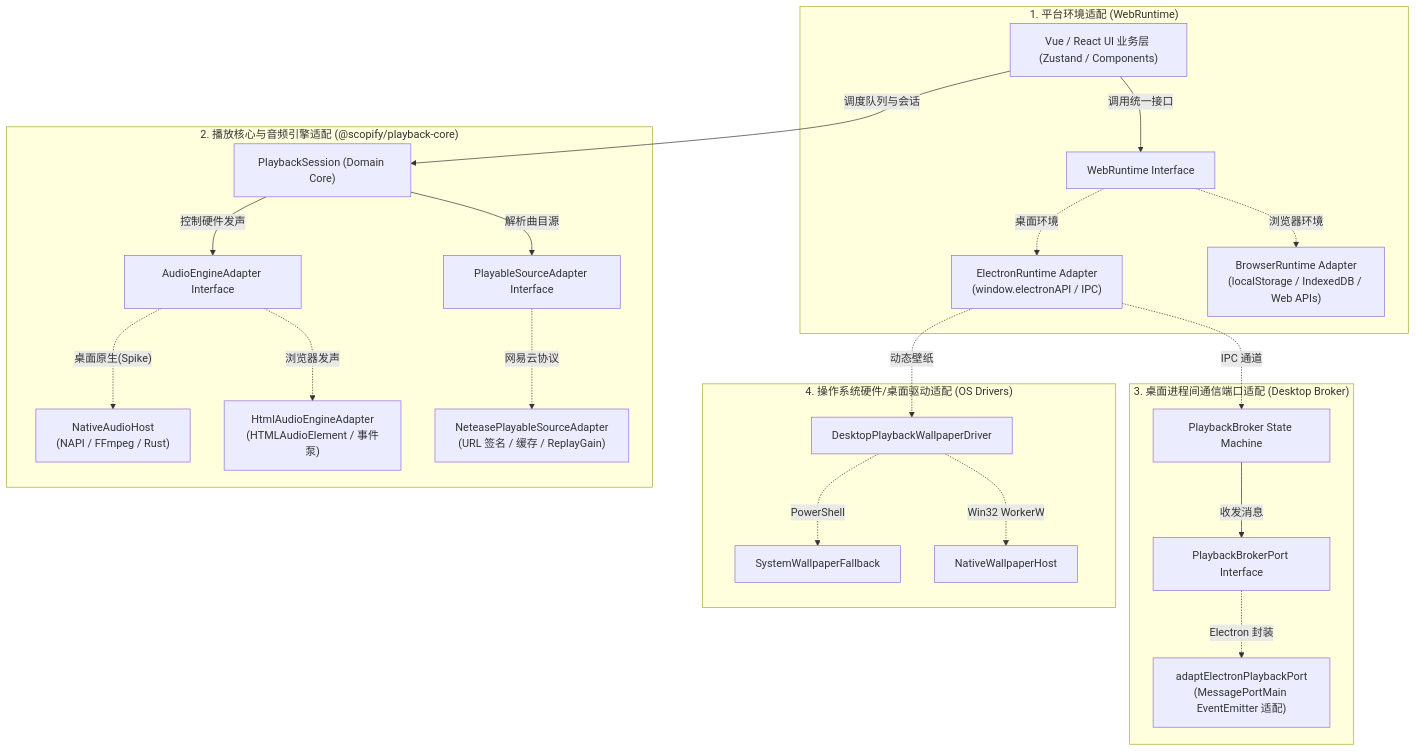
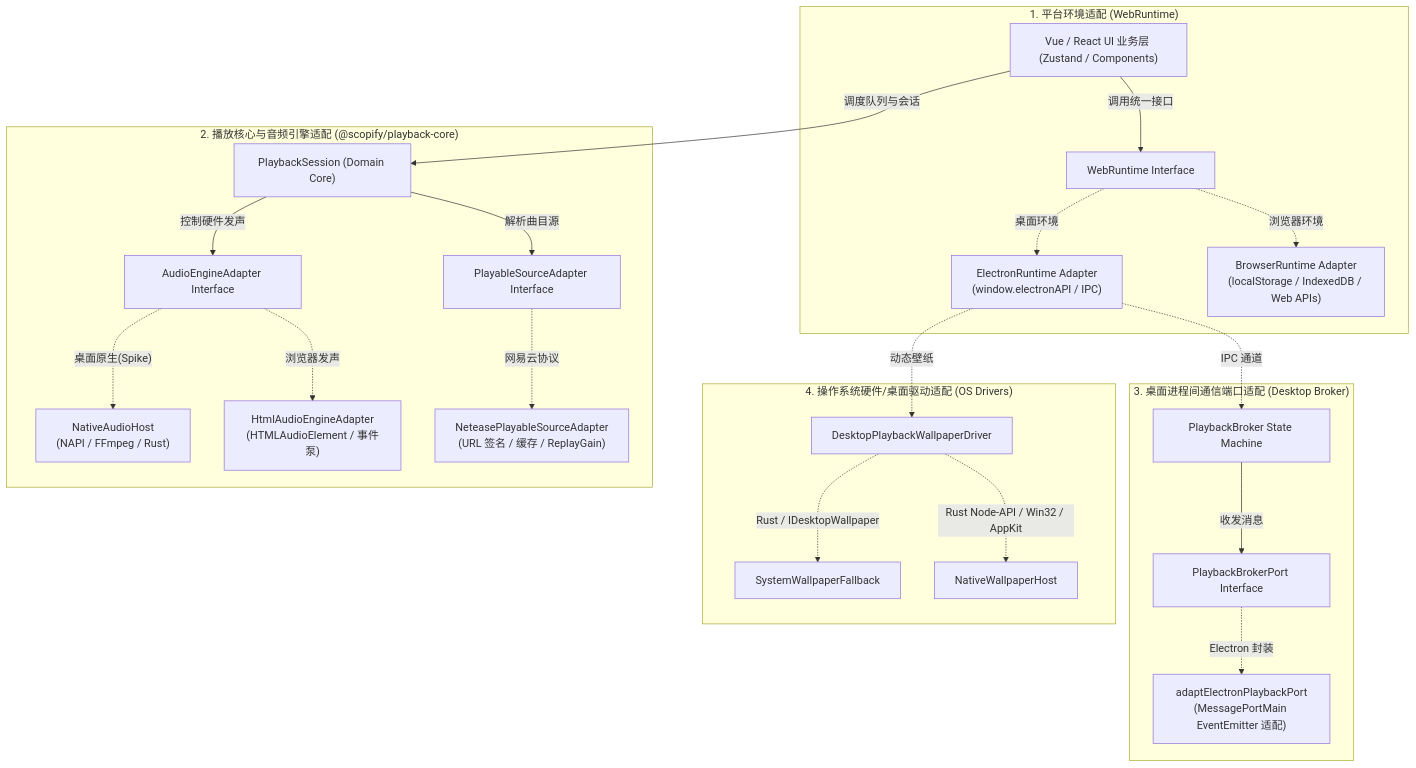
One commit to MT-SUPER-POWER/Scopify changed the first of 6 diagrams in repo/frontend/apps/desktop/docs/playback-platform.md. Above: the diagram before and after it, drawn with Mermaid. The commit also changed other lines of this file and 24 other files, not shown here.

First line of the commit message:
refactor(desktop): 将桌面图标和静态壁纸操作迁至 Rust

````diff
--- a/repo/frontend/apps/desktop/docs/playback-platform.md
+++ b/repo/frontend/apps/desktop/docs/playback-platform.md
@@ -13,31 +13,31 @@
 ```mermaid
 graph TD
     UI["Vue / React UI 业务层 (Zustand / Components)"]
 
     subgraph Layer1["1. 平台环境适配 (WebRuntime)"]
         UI -->|"调用统一接口"| WebRuntime["WebRuntime Interface"]
         WebRuntime -.->|"浏览器环境"| BrowserRuntime["BrowserRuntime Adapter<br/>(localStorage / IndexedDB / Web APIs)"]
         WebRuntime -.->|"桌面环境"| ElectronRuntime["ElectronRuntime Adapter<br/>(window.electronAPI / IPC)"]
     end
 
     subgraph Layer2["2. 播放核心与音频引擎适配 (@scopify/playback-core)"]
         UI -->|"调度队列与会话"| PlaybackSession["PlaybackSession (Domain Core)"]
         PlaybackSession -->|"解析曲目源"| PlayableSourceAdapter["PlayableSourceAdapter Interface"]
         PlayableSourceAdapter -.->|"网易云协议"| NeteaseSourceAdapter["NeteasePlayableSourceAdapter<br/>(URL 签名 / 缓存 / ReplayGain)"]
         PlaybackSession -->|"控制硬件发声"| AudioEngineAdapter["AudioEngineAdapter Interface"]
         AudioEngineAdapter -.->|"浏览器发声"| HtmlAudioAdapter["HtmlAudioEngineAdapter<br/>(HTMLAudioElement / 事件泵)"]
         AudioEngineAdapter -.->|"桌面原生(Spike)"| NativeAudioAdapter["NativeAudioHost<br/>(NAPI / FFmpeg / Rust)"]
     end
 
     subgraph Layer3["3. 桌面进程间通信端口适配 (Desktop Broker)"]
         ElectronRuntime -.->|"IPC 通道"| PlaybackBroker["PlaybackBroker State Machine"]
         PlaybackBroker -->|"收发消息"| PlaybackBrokerPort["PlaybackBrokerPort Interface"]
         PlaybackBrokerPort -.->|"Electron 封装"| AdaptElectronPort["adaptElectronPlaybackPort<br/>(MessagePortMain EventEmitter 适配)"]
     end
 
     subgraph Layer4["4. 操作系统硬件/桌面驱动适配 (OS Drivers)"]
         ElectronRuntime -.->|"动态壁纸"| WallpaperDriver["DesktopPlaybackWallpaperDriver"]
-        WallpaperDriver -.->|"Win32 WorkerW"| NativeWallpaperHost["NativeWallpaperHost"]
-        WallpaperDriver -.->|"PowerShell"| SystemWallpaperFallback["SystemWallpaperFallback"]
+        WallpaperDriver -.->|"Rust Node-API / Win32 / AppKit"| NativeWallpaperHost["NativeWallpaperHost"]
+        WallpaperDriver -.->|"Rust / IDesktopWallpaper"| SystemWallpaperFallback["SystemWallpaperFallback"]
     end
 ```
````
